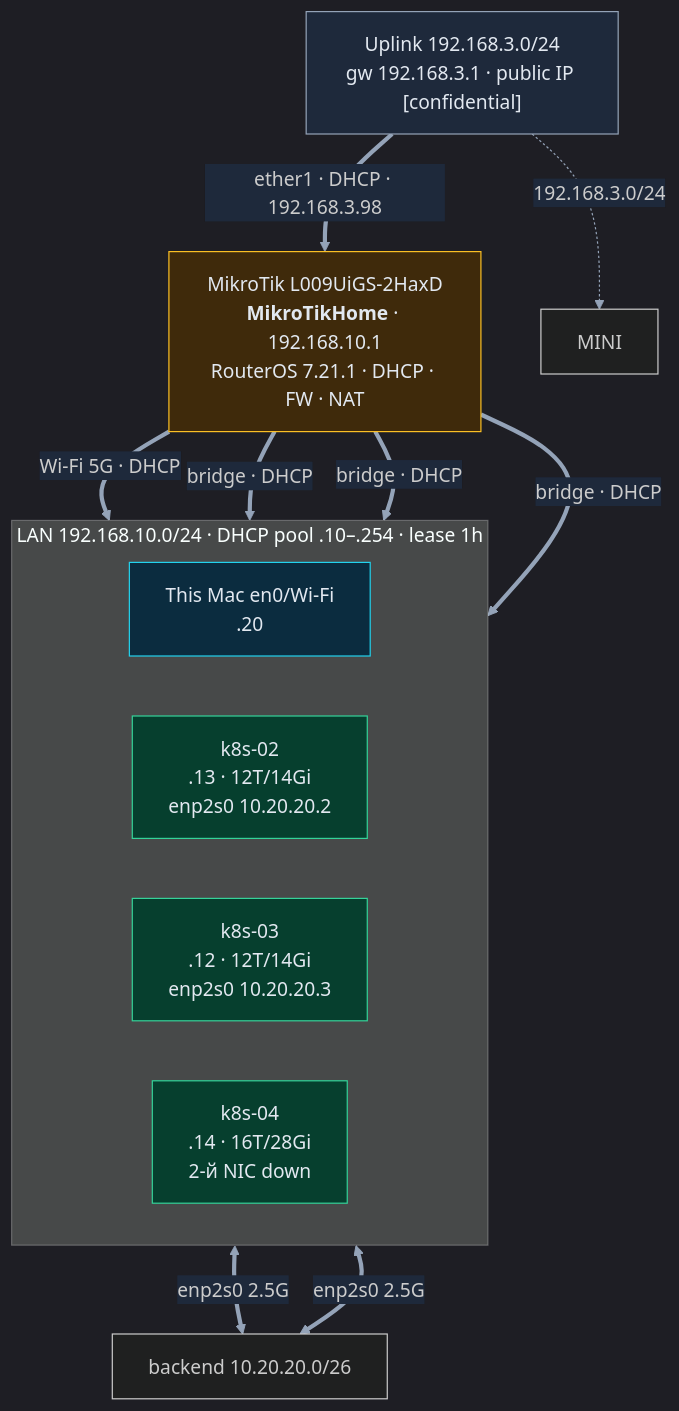
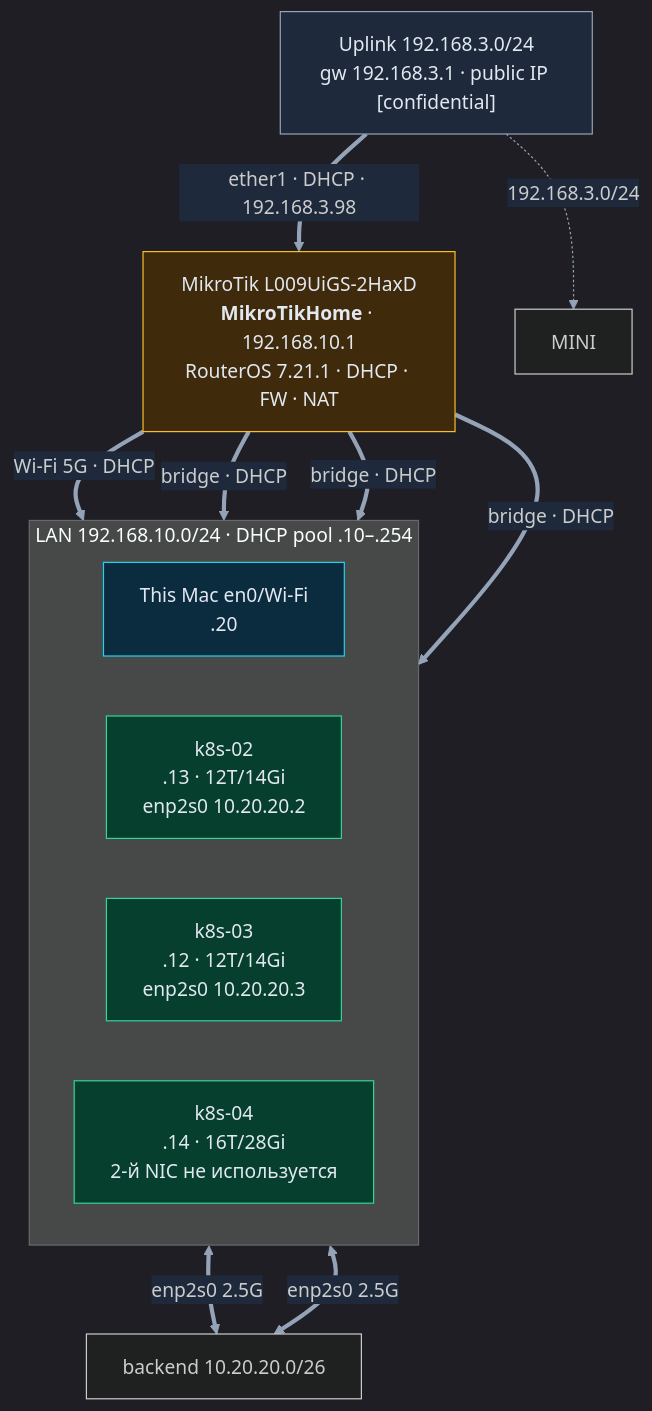
The diagram in network-map-detail.md (msklv/demo-ai-lab), drawn with Mermaid before and after one commit. The commit also changed other lines of this file and 2 other files, not shown here.

Commit message:
docs(notes): align docs with live audit — remove bastion, enp3s0 unused, audit date 2026-09-24, drop lease detail, fix MikroTik ports, IDEA utility principle

````diff
--- a/network-map-detail.md
+++ b/network-map-detail.md
@@ -7,31 +7,31 @@
 ```mermaid
 %%{init: {"theme": "dark", "themeVariables": {"fontFamily": "ui-monospace, monospace", "edgeLabelBackground": "#1e293b", "primaryTextColor": "#e2e8f0", "lineColor": "#94a3b8"}}}%%
 graph TD
 
     UP["Uplink 192.168.3.0/24<br/>gw 192.168.3.1 · public IP [confidential]"]:::ext
 
     RT["MikroTik L009UiGS-2HaxD<br/><b>MikroTikHome</b> · 192.168.10.1<br/>RouterOS 7.21.1 · DHCP · FW · NAT"]:::net
 
-    subgraph LAN["LAN 192.168.10.0/24 · DHCP pool .10–.254 · lease 1h"]
+    subgraph LAN["LAN 192.168.10.0/24 · DHCP pool .10–.254"]
         direction LR
         MAC["This Mac en0/Wi-Fi<br/>.20"]:::mac
         K2["k8s-02<br/>.13 · 12T/14Gi<br/>enp2s0 10.20.20.2"]:::linux
         K3["k8s-03<br/>.12 · 12T/14Gi<br/>enp2s0 10.20.20.3"]:::linux
-        K4["k8s-04<br/>.14 · 16T/28Gi<br/>2-й NIC down"]:::linux
+        K4["k8s-04<br/>.14 · 16T/28Gi<br/>2-й NIC не используется"]:::linux
     end
 
     K2 <==>|"enp2s0 2.5G"| BE["backend 10.20.20.0/26"]
     K3 <==>|"enp2s0 2.5G"| BE
 
     UP ==>|"ether1 · DHCP · 192.168.3.98"| RT
     UP -.->|"192.168.3.0/24"| MINI
     RT ==>|"Wi-Fi 5G · DHCP"| MAC
     RT ==>|"bridge · DHCP"| K2
     RT ==>|"bridge · DHCP"| K3
     RT ==>|"bridge · DHCP"| K4
 
     classDef mac fill:#0b2c3f,stroke:#22d3ee,color:#e2e8f0;
     classDef linux fill:#063f2e,stroke:#34d399,color:#e2e8f0;
     classDef net fill:#3f2a0b,stroke:#fbbf24,color:#e2e8f0;
     classDef ext fill:#1e293b,stroke:#94a3b8,color:#e2e8f0;
 ```
````
